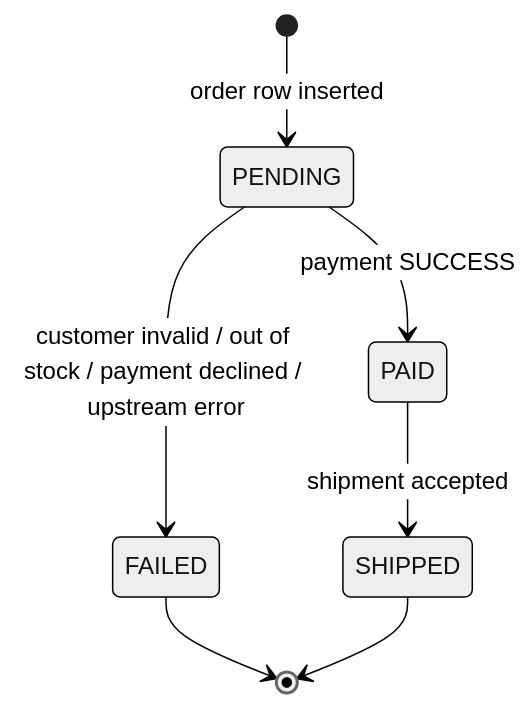
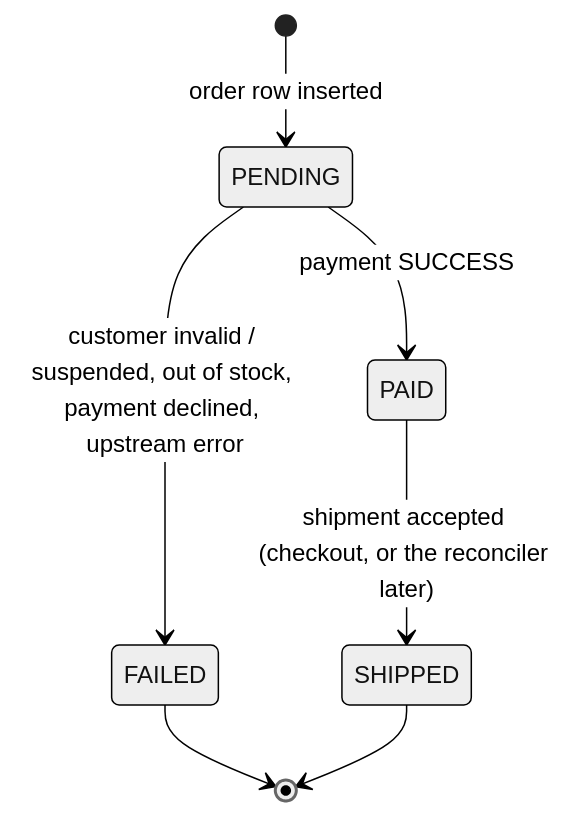
Before and after one commit to poph2/datastack: the first of 2 diagrams in docs/microservices/order-service.md, drawn with Mermaid (neutral theme). The commit also changed other lines of this file and 87 other files, not shown here.

````diff
--- a/docs/microservices/order-service.md
+++ b/docs/microservices/order-service.md
@@ -60,9 +50,9 @@
 ```mermaid
 stateDiagram-v2
   [*] --> PENDING: order row inserted
-  PENDING --> FAILED: customer invalid / out of stock / payment declined / upstream error
+  PENDING --> FAILED: customer invalid / suspended, out of stock, payment declined, upstream error
   PENDING --> PAID: payment SUCCESS
-  PAID --> SHIPPED: shipment accepted
+  PAID --> SHIPPED: shipment accepted (checkout, or the reconciler later)
   FAILED --> [*]
   SHIPPED --> [*]
 ```
````
